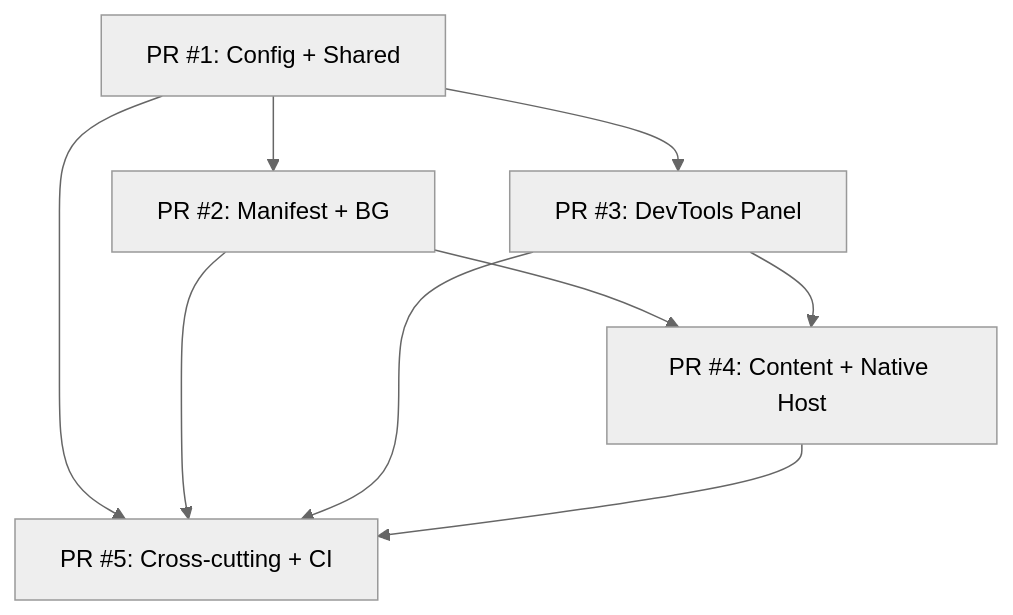
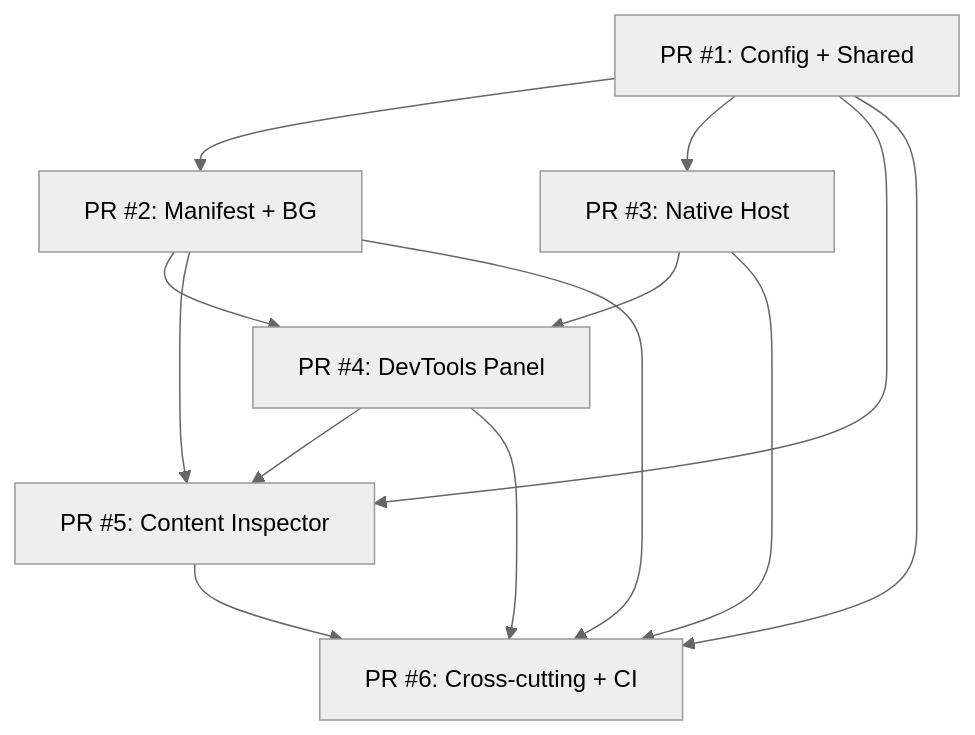
One commit to mauroociappinaph/tiendanube-theme-devtools changed the diagram in openspec/changes/scaffold/spec/10-delivery-plan.md. Above: the diagram before and after it, drawn with Mermaid (neutral theme). The commit also changed other lines of this file and 1 other file, not shown here.

````diff
--- a/openspec/changes/scaffold/spec/10-delivery-plan.md
+++ b/openspec/changes/scaffold/spec/10-delivery-plan.md
@@ -461,11 +369,15 @@
 ```mermaid
 graph TD
     PR1[PR #1: Config + Shared] --> PR2[PR #2: Manifest + BG]
-    PR1 --> PR3[PR #3: DevTools Panel]
-    PR2 --> PR4[PR #4: Content + Native Host]
+    PR1 --> PR3[PR #3: Native Host]
+    PR2 --> PR4[PR #4: DevTools Panel]
     PR3 --> PR4
-    PR1 --> PR5[PR #5: Cross-cutting + CI]
+    PR1 --> PR5[PR #5: Content Inspector]
     PR2 --> PR5
-    PR3 --> PR5
     PR4 --> PR5
+    PR1 --> PR6[PR #6: Cross-cutting + CI]
+    PR2 --> PR6
+    PR3 --> PR6
+    PR4 --> PR6
+    PR5 --> PR6
 ```
````
